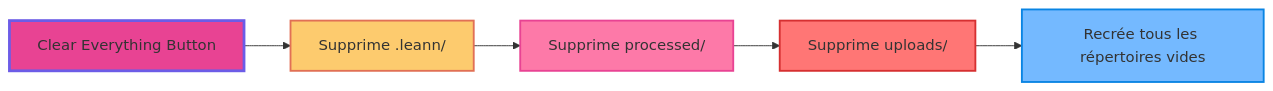
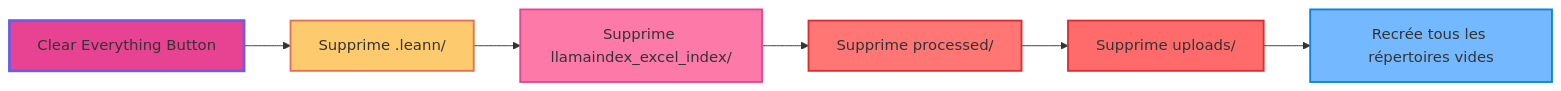
The seventh of 7 diagrams in docs/cleaning_buttons_analysis.md (Mil100057/Myr-Ag-system), drawn with Mermaid before and after one commit. The commit also changed other lines of this file and 1 other file, not shown here.

````diff
--- a/docs/cleaning_buttons_analysis.md
+++ b/docs/cleaning_buttons_analysis.md
@@ -62,13 +166,15 @@
 ```mermaid
 graph LR
     A["Clear Everything Button"] --> B["Supprime .leann/"]
-    B --> C["Supprime processed/"]
-    C --> D["Supprime uploads/"]
-    D --> E["Recrée tous les répertoires vides"]
+    B --> C["Supprime llamaindex_excel_index/"]
+    C --> D["Supprime processed/"]
+    D --> E["Supprime uploads/"]
+    E --> F["Recrée tous les répertoires vides"]
     
     style A fill:#e84393,stroke:#6c5ce7,stroke-width:3px
     style B fill:#fdcb6e,stroke:#e17055,stroke-width:2px
     style C fill:#fd79a8,stroke:#e84393,stroke-width:2px
     style D fill:#ff7675,stroke:#d63031,stroke-width:2px
-    style E fill:#74b9ff,stroke:#0984e3,stroke-width:2px
+    style E fill:#ff6b6b,stroke:#d63031,stroke-width:2px
+    style F fill:#74b9ff,stroke:#0984e3,stroke-width:2px
 ```
````
